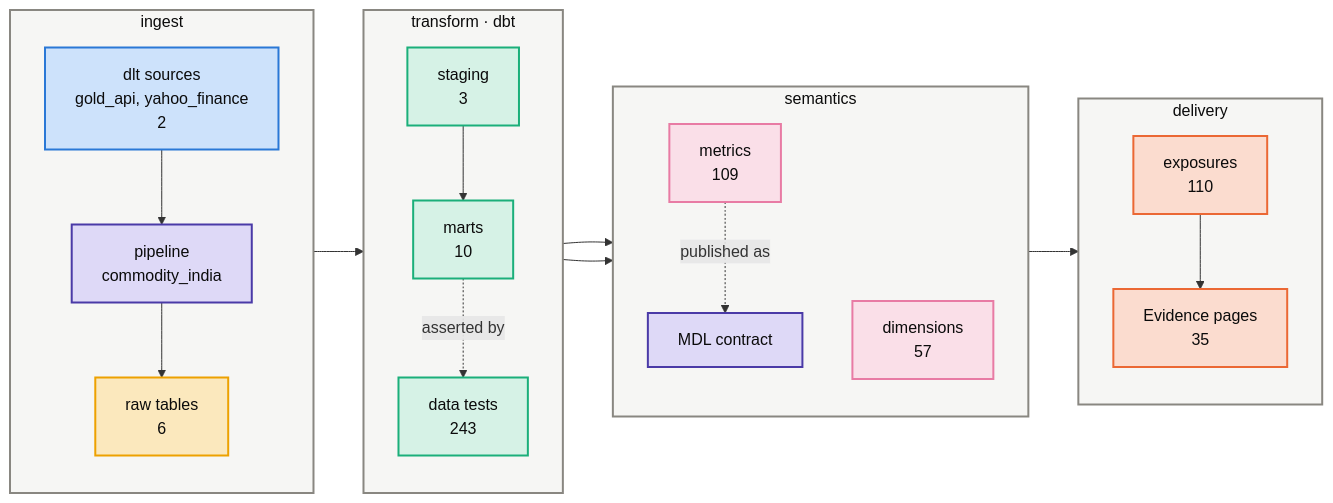
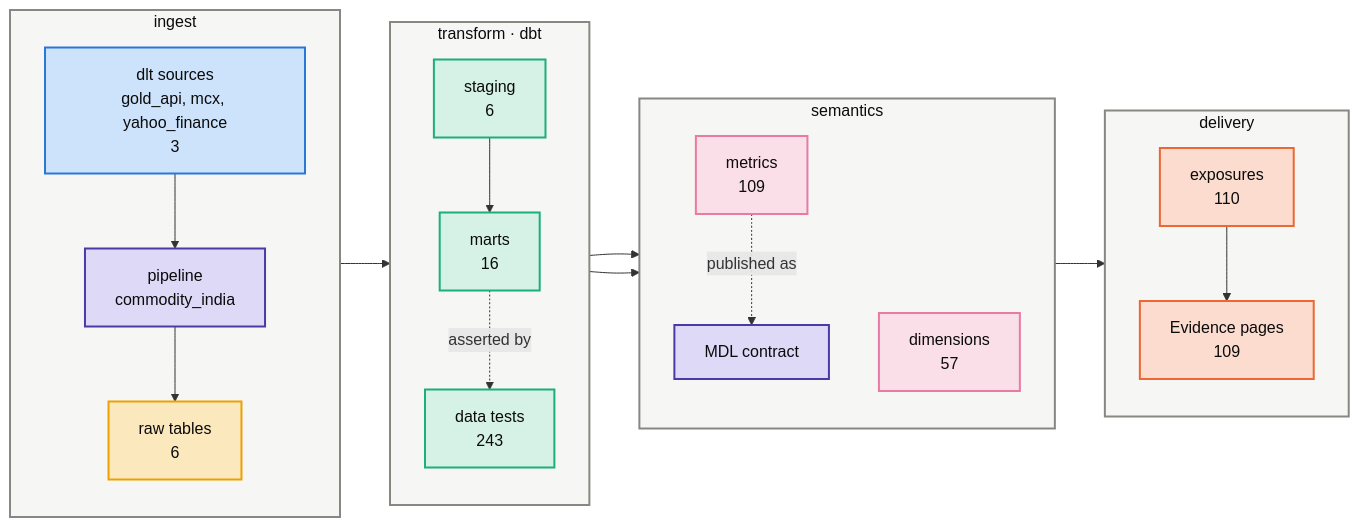
The first of 3 diagrams in groups/commodity/projects/commodity-india/kg/architecture.md (Atomz-org/data-platform), drawn with Mermaid before and after one commit. The commit also changed other lines of this file and 6 other files, not shown here.

````diff
--- a/groups/commodity/projects/commodity-india/kg/architecture.md
+++ b/groups/commodity/projects/commodity-india/kg/architecture.md
@@ -10,41 +10,41 @@
 ```mermaid
 flowchart LR
     subgraph LI["ingest"]
         direction TB
-        I1["dlt sources<br/>gold_api, yahoo_finance<br/>2"]:::ingress
+        I1["dlt sources<br/>gold_api, mcx, yahoo_finance<br/>3"]:::ingress
         I2["pipeline<br/>commodity_india"]:::platform
         I3["raw tables<br/>6"]:::raw
     end
     subgraph LT["transform · dbt"]
         direction TB
-        T1["staging<br/>3"]:::model
-        T2["marts<br/>10"]:::model
+        T1["staging<br/>6"]:::model
+        T2["marts<br/>16"]:::model
         T3["data tests<br/>243"]:::model
     end
     subgraph LS["semantics"]
         direction TB
         S1["metrics<br/>109"]:::metric
         S2["dimensions<br/>57"]:::metric
         S3["MDL contract"]:::platform
     end
     subgraph LD["delivery"]
         direction TB
         D1["exposures<br/>110"]:::exposure
-        D2["Evidence pages<br/>35"]:::exposure
+        D2["Evidence pages<br/>109"]:::exposure
     end
     I1 --> I2 --> I3 --> T1 --> T2
     T2 --> S1 --> D1 --> D2
     T2 --> S2
     S1 -.published as.-> S3
     T2 -.asserted by.-> T3
     classDef ingress fill:#cde2fb,stroke:#2a78d6,stroke-width:2px,color:#0b0b0b
     classDef platform fill:#ded9f7,stroke:#4a3aa7,stroke-width:2px,color:#0b0b0b
     classDef raw fill:#fbe8bd,stroke:#eda100,stroke-width:2px,color:#0b0b0b
     classDef model fill:#d6f2e6,stroke:#1baf7a,stroke-width:2px,color:#0b0b0b
     classDef metric fill:#fadfe8,stroke:#e87ba4,stroke-width:2px,color:#0b0b0b
     classDef exposure fill:#fbdccf,stroke:#eb6834,stroke-width:2px,color:#0b0b0b
     classDef neutral fill:#e8e7e2,stroke:#898781,stroke-width:2px,color:#0b0b0b
     classDef project fill:#e3eefc,stroke:#2a78d6,stroke-width:2px,color:#0b0b0b
     classDef lane fill:#f6f6f4,stroke:#898781,stroke-width:2px,color:#0b0b0b
     class LI,LT,LS,LD lane
 ```
````
